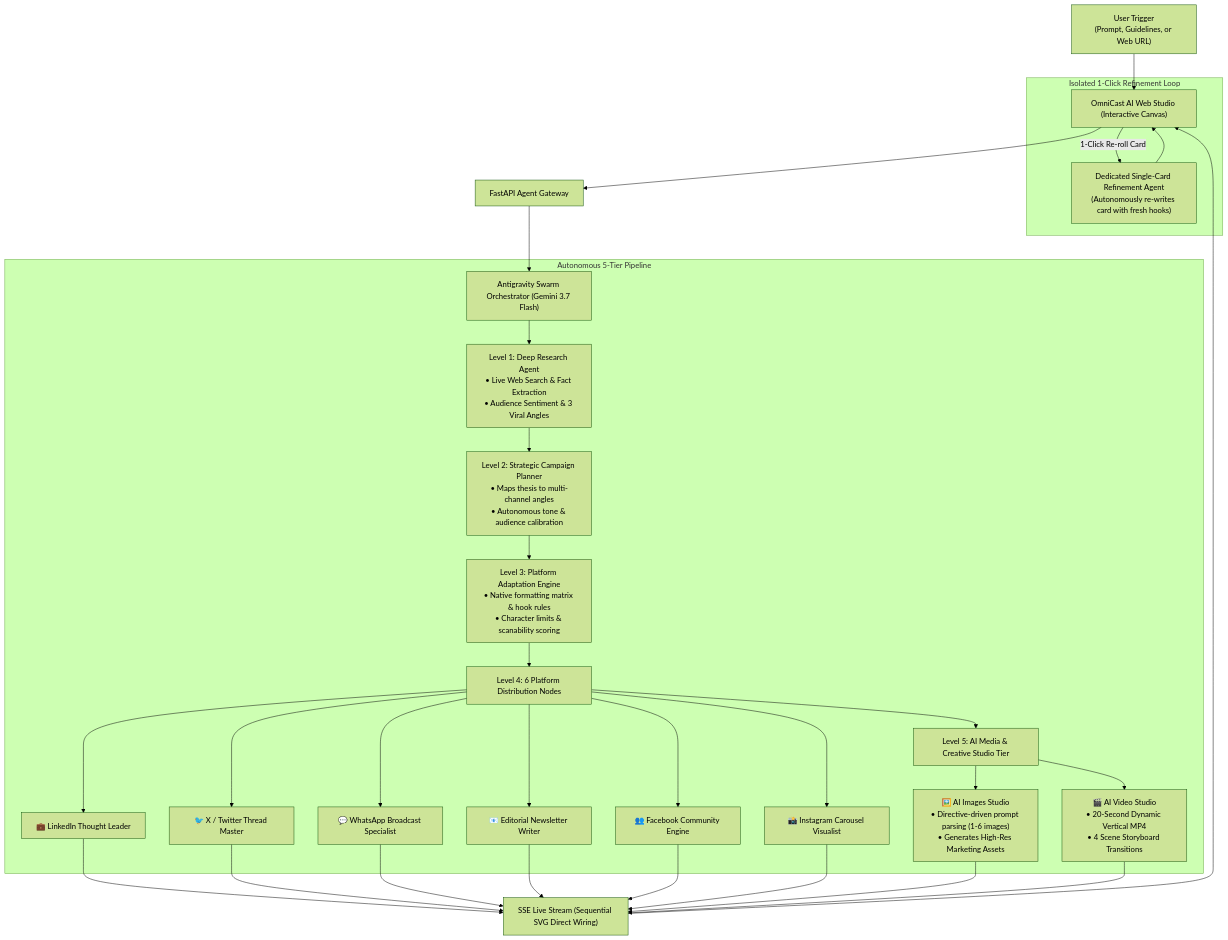
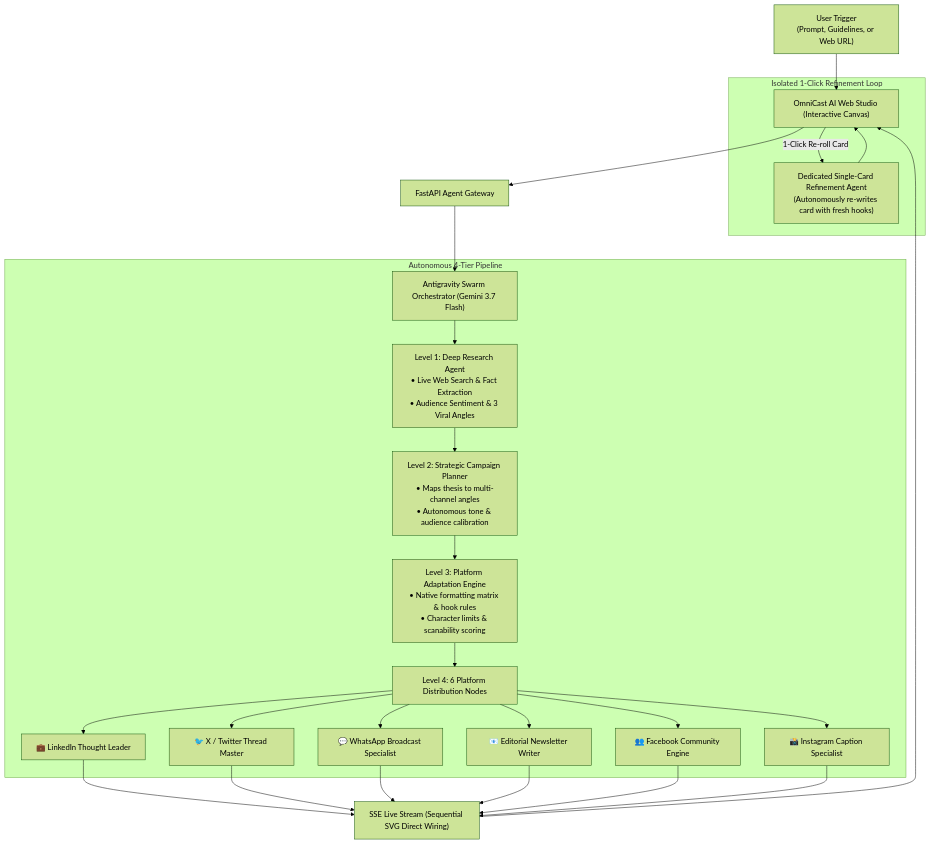
Before and after one commit to ibrahimdot20/OmniCast-AI: the diagram in README.md, drawn with Mermaid (forest theme). The commit also changed other lines of this file and 4 other files, not shown here.

Commit message:
feat: streamlined 9-node swarm with pure Instagram caption, modal top scroll fix, and clean slate reset

````diff
--- a/README.md
+++ b/README.md
@@ -25,34 +25,30 @@
 ```mermaid
 graph TD
     UserTrigger["User Trigger<br/>(Prompt, Guidelines, or Web URL)"] --> WebStudio["OmniCast AI Web Studio (Interactive Canvas)"]
     WebStudio --> API["FastAPI Agent Gateway"]
     API --> MasterOrchestrator["Antigravity Swarm Orchestrator (Gemini 3.7 Flash)"]
     
-    subgraph Autonomous 5-Tier Pipeline
+    subgraph Autonomous 4-Tier Pipeline
         MasterOrchestrator --> Level1["Level 1: Deep Research Agent<br/>• Live Web Search & Fact Extraction<br/>• Audience Sentiment & 3 Viral Angles"]
         
         Level1 --> Level2["Level 2: Strategic Campaign Planner<br/>• Maps thesis to multi-channel angles<br/>• Autonomous tone & audience calibration"]
         
         Level2 --> Level3["Level 3: Platform Adaptation Engine<br/>• Native formatting matrix & hook rules<br/>• Character limits & scanability scoring"]
         
         Level3 --> Level4["Level 4: 6 Platform Distribution Nodes"]
         Level4 --> P1["💼 LinkedIn Thought Leader"]
         Level4 --> P2["🐦 X / Twitter Thread Master"]
         Level4 --> P3["💬 WhatsApp Broadcast Specialist"]
         Level4 --> P4["📧 Editorial Newsletter Writer"]
         Level4 --> P5["👥 Facebook Community Engine"]
-        Level4 --> P6["📸 Instagram Carousel Visualist"]
-        
-        Level4 --> Level5["Level 5: AI Media & Creative Studio Tier"]
-        Level5 --> M1["🖼️ AI Images Studio<br/>• Directive-driven prompt parsing (1-6 images)<br/>• Generates High-Res Marketing Assets"]
-        Level5 --> M2["🎬 AI Video Studio<br/>• 20-Second Dynamic Vertical MP4<br/>• 4 Scene Storyboard Transitions"]
+        Level4 --> P6["📸 Instagram Caption Specialist"]
     end
     
-    P1 & P2 & P3 & P4 & P5 & P6 & M1 & M2 --> EventStream["SSE Live Stream (Sequential SVG Direct Wiring)"]
+    P1 & P2 & P3 & P4 & P5 & P6 --> EventStream["SSE Live Stream (Sequential SVG Direct Wiring)"]
     EventStream --> WebStudio
     
     subgraph Isolated 1-Click Refinement Loop
         WebStudio -- "1-Click Re-roll Card" --> CardRegenAgent["Dedicated Single-Card Refinement Agent<br/>(Autonomously re-writes card with fresh hooks)"]
         CardRegenAgent --> WebStudio
     end
 ```
````
